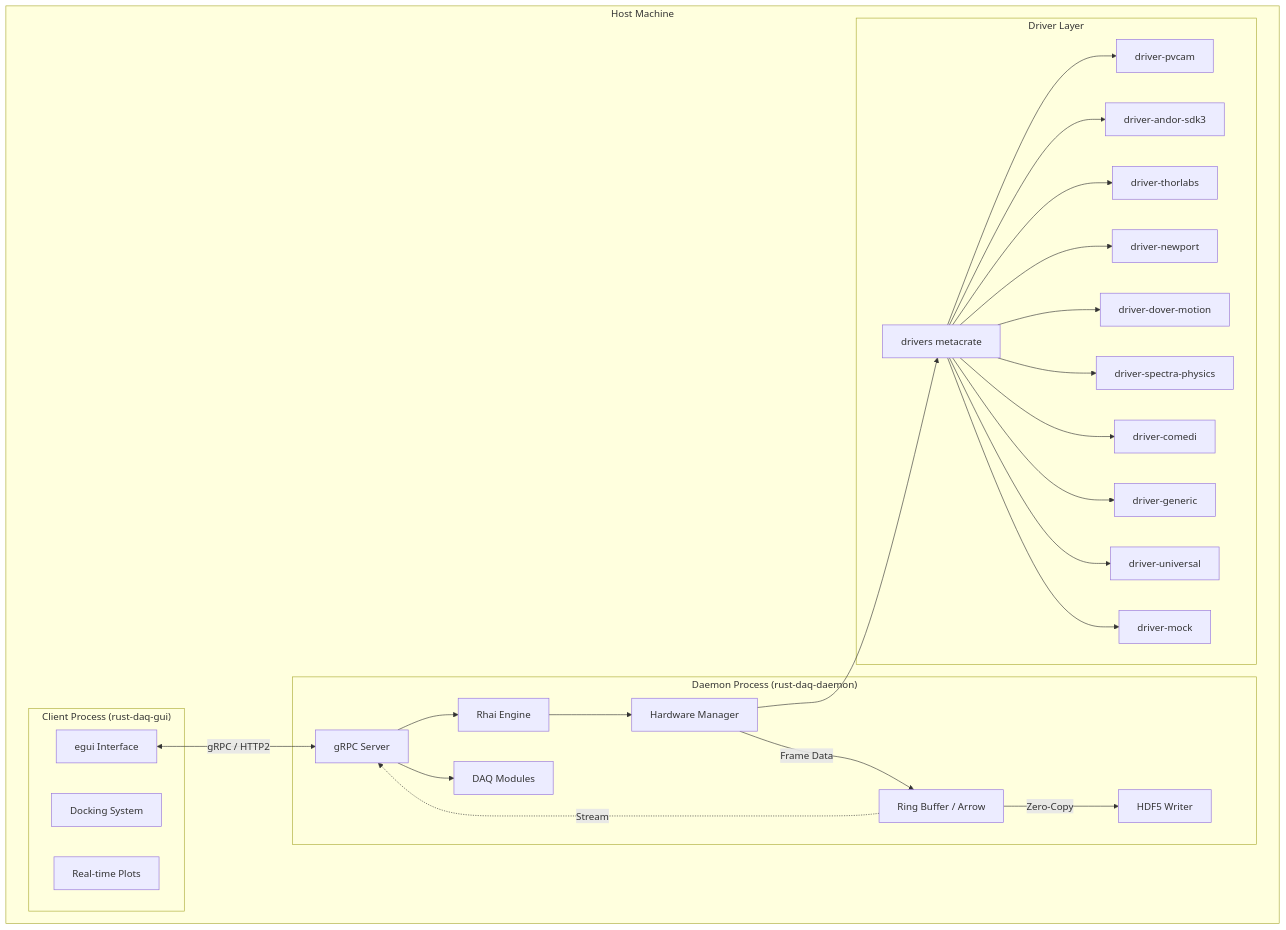
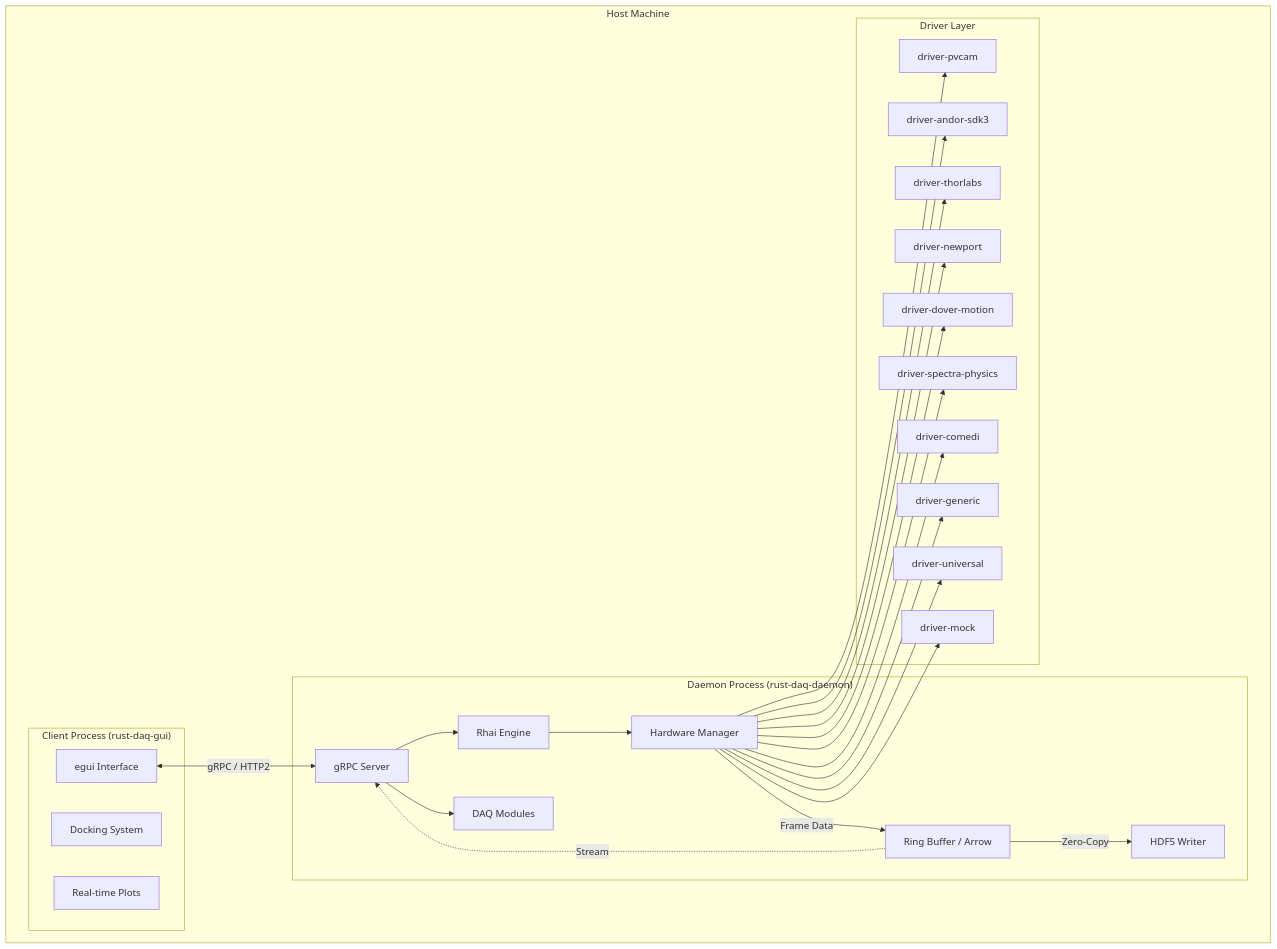
The diagram in docs/explanation/architecture.md (easternanemone/rudaq), drawn with Mermaid before and after one commit. The commit also changed other lines of this file and 9 other files, not shown here.

````diff
--- a/docs/explanation/architecture.md
+++ b/docs/explanation/architecture.md
@@ -87,44 +87,42 @@
 ```mermaid
 graph TD
     subgraph "Host Machine"
         subgraph "Daemon Process (rust-daq-daemon)"
             Server[gRPC Server]
             Script[Rhai Engine]
             Modules[DAQ Modules]
             HW[Hardware Manager]
             Ring[Ring Buffer / Arrow]
             Writer[HDF5 Writer]
         end
 
         subgraph "Client Process (rust-daq-gui)"
             GUI[egui Interface]
             Dock[Docking System]
             Plot[Real-time Plots]
         end
 
         subgraph "Driver Layer"
-            DrvMeta[drivers metacrate]
             DrvPvcam[driver-pvcam]
             DrvAndor[driver-andor-sdk3]
             DrvThorlabs[driver-thorlabs]
             DrvNewport[driver-newport]
             DrvDover[driver-dover-motion]
             DrvSpectra[driver-spectra-physics]
             DrvComedi[driver-comedi]
             DrvGeneric[driver-generic]
             DrvUniversal[driver-universal]
             DrvMock[driver-mock]
         end
     end
 
     GUI <-->|gRPC / HTTP2| Server
 
     Server --> Script
     Server --> Modules
     Script --> HW
-    HW --> DrvMeta
-    DrvMeta --> DrvPvcam & DrvAndor & DrvThorlabs & DrvNewport & DrvDover & DrvSpectra & DrvComedi & DrvGeneric & DrvUniversal & DrvMock
+    HW --> DrvPvcam & DrvAndor & DrvThorlabs & DrvNewport & DrvDover & DrvSpectra & DrvComedi & DrvGeneric & DrvUniversal & DrvMock
     HW -->|Frame Data| Ring
     Ring -->|Zero-Copy| Writer
     Ring -.->|Stream| Server
 ```
````
